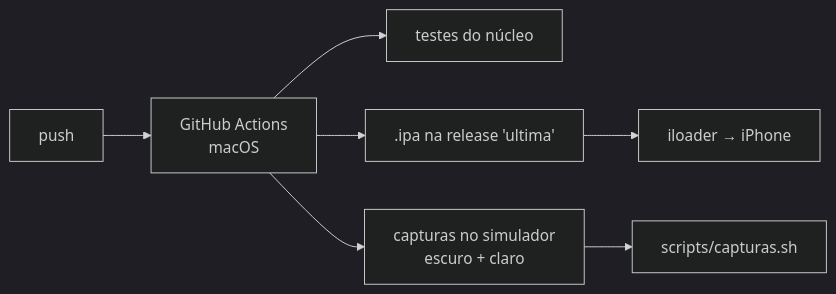
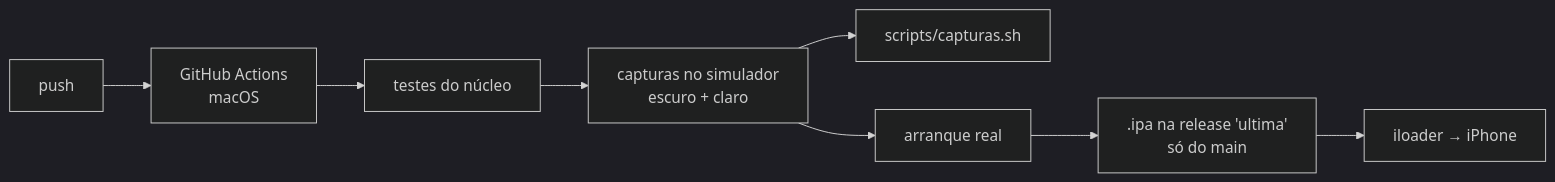
One commit to hroxo/todo changed the diagram in README.md. Above: the diagram before and after it, drawn with Mermaid (dark theme). The commit also changed other lines of this file and 1 other file, not shown here.

Commit message:
Docs: restauro, listas vazias, widget com a app fechada e céu pelo modo

````diff
--- a/README.md
+++ b/README.md
@@ -267,9 +267,10 @@
 ```mermaid
 flowchart LR
   A[push] --> B[GitHub Actions<br/>macOS]
   B --> C[testes do núcleo]
-  B --> D[.ipa na release 'ultima']
-  B --> E[capturas no simulador<br/>escuro + claro]
+  C --> E[capturas no simulador<br/>escuro + claro]
   E --> F[scripts/capturas.sh]
+  E --> H[arranque real]
+  H --> D[.ipa na release 'ultima'<br/>só do main]
   D --> G[iloader → iPhone]
 ```
````
